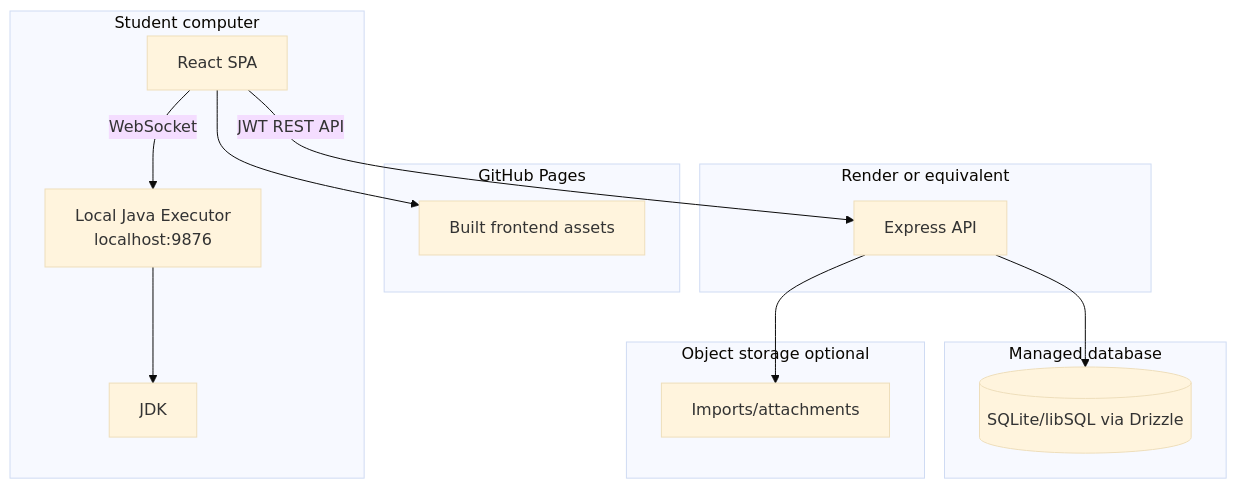
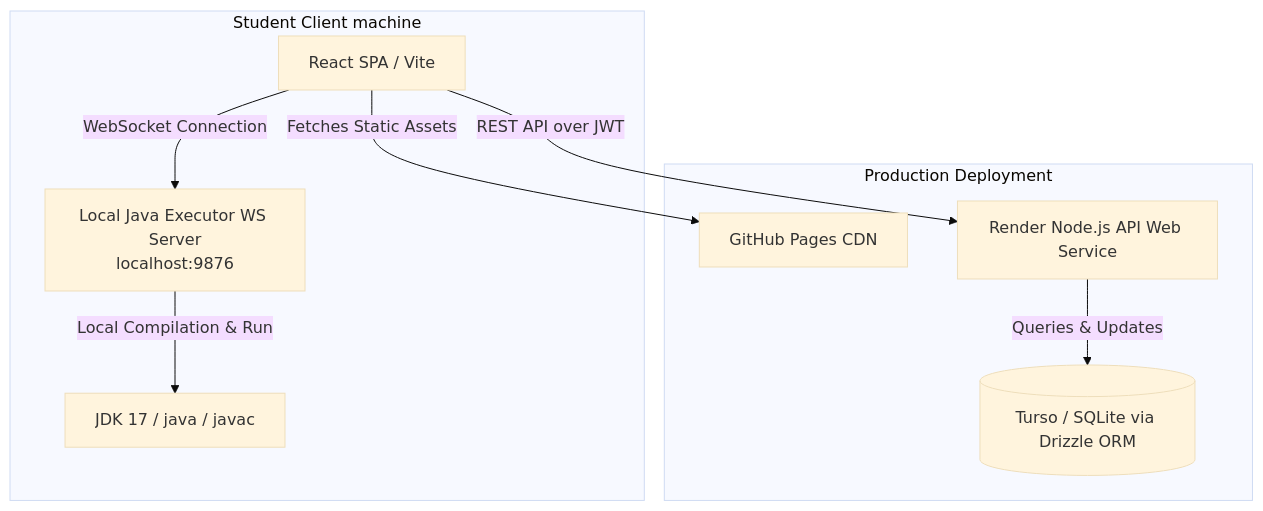
Before and after one commit to oop-uet/olp: the first of 2 diagrams in design.md, drawn with Mermaid (base theme). The commit also changed other lines of this file and 8 other files, not shown here.

````diff
--- a/design.md
+++ b/design.md
@@ -53,31 +20,20 @@
 ```mermaid
 graph TB
-    subgraph StudentDevice[Student computer]
-      Browser[React SPA]
-      Executor[Local Java Executor<br/>localhost:9876]
-      JDK[JDK]
+    subgraph StudentDevice[Student Client machine]
+      Browser[React SPA / Vite]
+      ExecutorAgent[Local Java Executor WS Server<br/>localhost:9876]
+      JDK17[JDK 17 / java / javac]
     end
 
-    subgraph StaticHost[GitHub Pages]
-      Frontend[Built frontend assets]
+    subgraph Hosting[Production Deployment]
+      FrontendPages[GitHub Pages CDN]
+      APIHost[Render Node.js API Web Service]
+      Database[(Turso / SQLite via Drizzle ORM)]
     end
 
-    subgraph BackendHost[Render or equivalent]
-      API[Express API]
-    end
-
-    subgraph DataLayer[Managed database]
-      DB[(SQLite/libSQL via Drizzle)]
-    end
-
-    subgraph Storage[Object storage optional]
-      Files[Imports/attachments]
-    end
-
-    Browser --> Frontend
-    Browser -->|JWT REST API| API
-    Browser -->|WebSocket| Executor
-    Executor --> JDK
-    API --> DB
-    API --> Files
+    Browser -->|Fetches Static Assets| FrontendPages
+    Browser -->|REST API over JWT| APIHost
+    Browser -->|WebSocket Connection| ExecutorAgent
+    ExecutorAgent -->|Local Compilation & Run| JDK17
+    APIHost -->|Queries & Updates| Database
 ```
````
